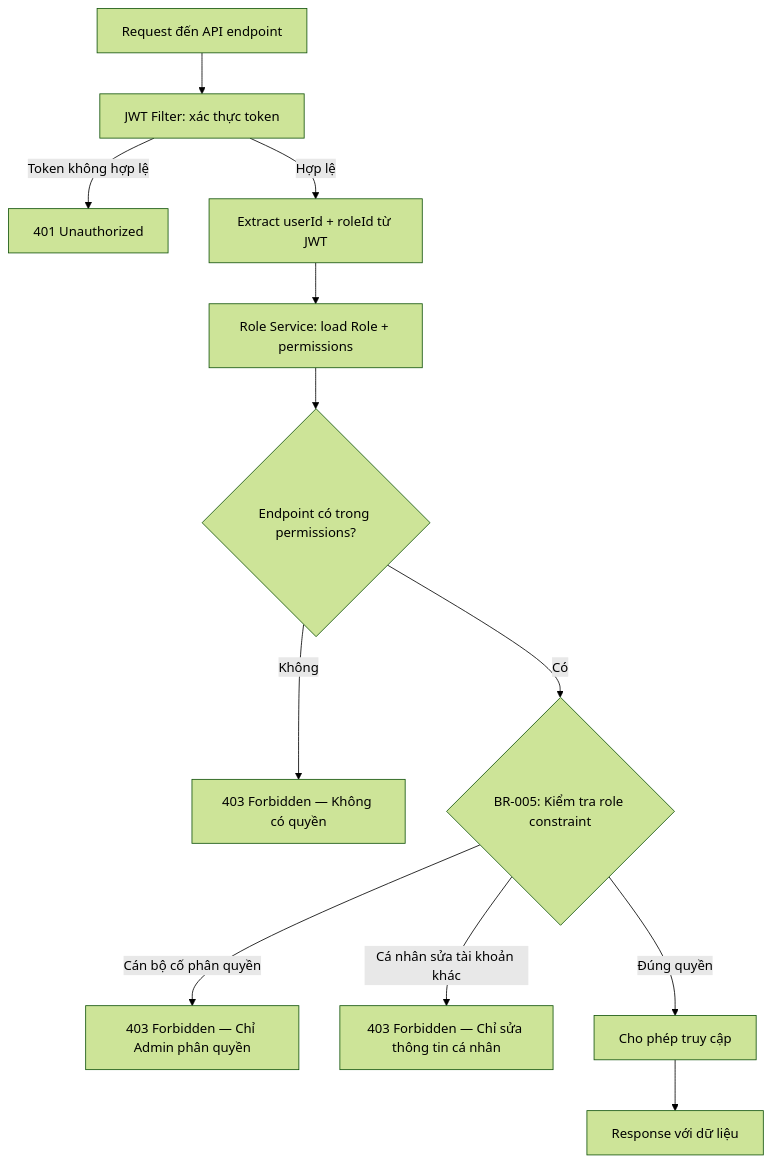
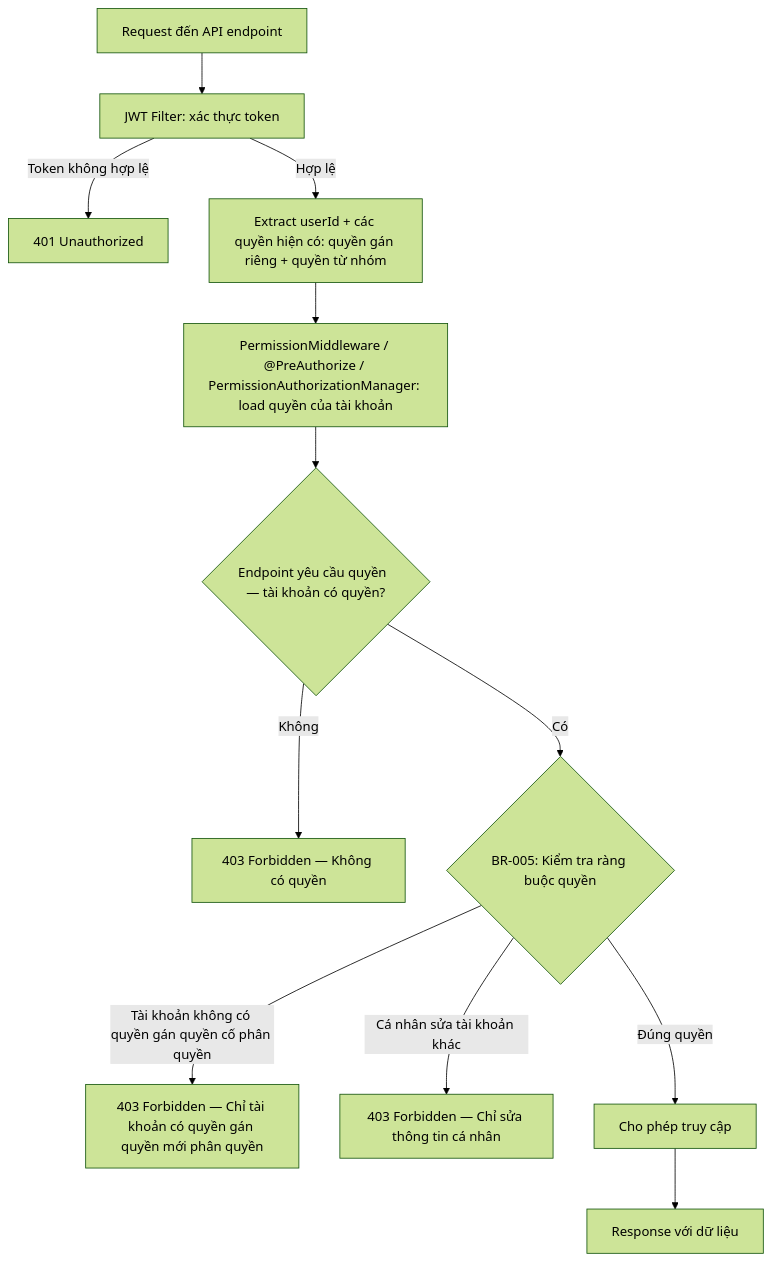
The fifth of 5 diagrams in docs/modules/M-001-quan-tri-he-thong/_features/F-001-quan-ly-tai-khoan-nguoi-dung/ba/00-lean-spec.md (trangg21-bit/hang-hai-kchtgt), drawn with Mermaid (forest theme) before and after one commit. The commit also changed other lines of this file and 12 other files, not shown here.

````diff
--- a/docs/modules/M-001-quan-tri-he-thong/_features/F-001-quan-ly-tai-khoan-nguoi-dung/ba/00-lean-spec.md
+++ b/docs/modules/M-001-quan-tri-he-thong/_features/F-001-quan-ly-tai-khoan-nguoi-dung/ba/00-lean-spec.md
@@ -371,14 +371,14 @@
 ```mermaid
 flowchart TD
     A[Request đến API endpoint] --> B[JWT Filter: xác thực token]
     B -->|Token không hợp lệ| B1[401 Unauthorized]
-    B -->|Hợp lệ| C[Extract userId + roleId từ JWT]
-    C --> D[Role Service: load Role + permissions]
-    D --> E{Endpoint có trong permissions?}
+    B -->|Hợp lệ| C[Extract userId + các quyền hiện có: quyền gán riêng + quyền từ nhóm]
+    C --> D[PermissionMiddleware / @PreAuthorize / PermissionAuthorizationManager: load quyền của tài khoản]
+    D --> E{Endpoint yêu cầu quyền <resource:action> — tài khoản có quyền?}
     E -->|Không| E1[403 Forbidden — Không có quyền]
-    E -->|Có| F{BR-005: Kiểm tra role constraint}
-    F -->|Cán bộ cố phân quyền| F1[403 Forbidden — Chỉ Admin phân quyền]
+    E -->|Có| F{BR-005: Kiểm tra ràng buộc quyền}
+    F -->|Tài khoản không có quyền gán quyền cố phân quyền| F1[403 Forbidden — Chỉ tài khoản có quyền gán quyền mới phân quyền]
     F -->|Cá nhân sửa tài khoản khác| F2[403 Forbidden — Chỉ sửa thông tin cá nhân]
     F -->|Đúng quyền| G[Cho phép truy cập]
     G --> H[Response với dữ liệu]
 ```
````
